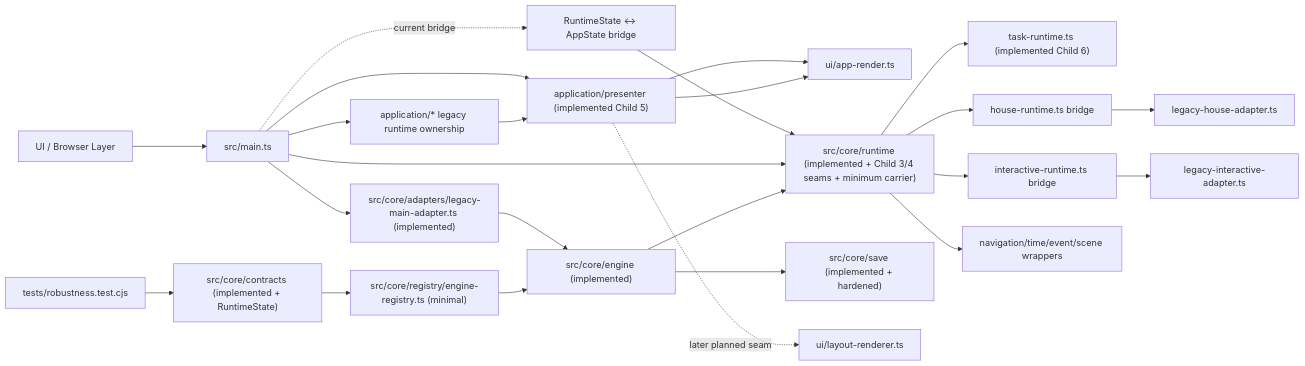
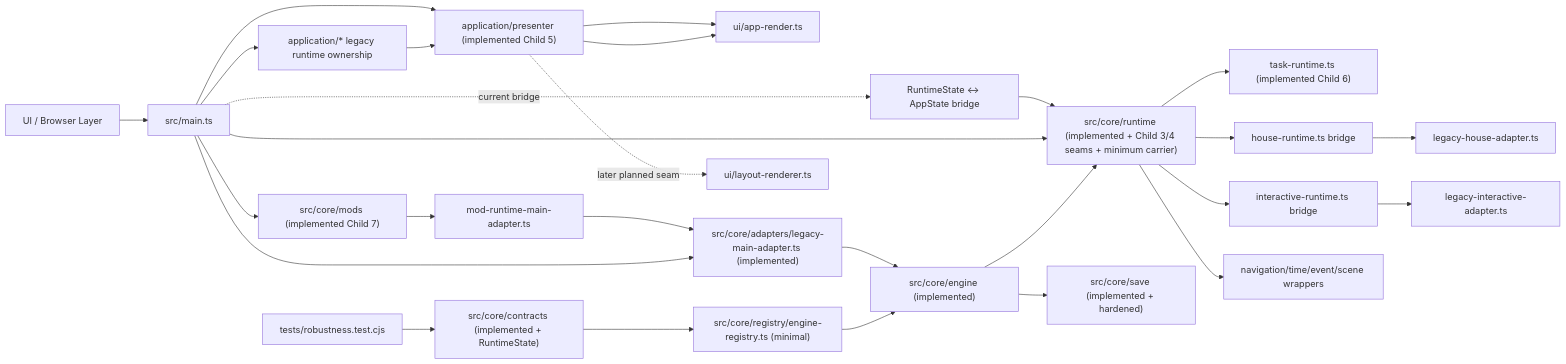
The first of 8 diagrams in docs/superpowers/weekly/2026-06-29-weekly-architecture-report.md (MA141277/RPG_TG), drawn with Mermaid before and after one commit. The commit also changed other lines of this file and 25 other files, not shown here.

Commit message:
Complete Child 7 mod runtime

````diff
--- a/docs/superpowers/weekly/2026-06-29-weekly-architecture-report.md
+++ b/docs/superpowers/weekly/2026-06-29-weekly-architecture-report.md
@@ -24,26 +24,29 @@
 ```mermaid
 flowchart LR
     UI["UI / Browser Layer"] --> MAIN["src/main.ts"]
     MAIN --> APP["application/* legacy runtime ownership"]
     APP --> PRESENTER["application/presenter (implemented Child 5)"]
     PRESENTER --> UIR["ui/app-render.ts"]
     MAIN -. current bridge .-> RSBRIDGE["RuntimeState <-> AppState bridge"]
     COREC["src/core/contracts (implemented + RuntimeState)"] --> CORER["src/core/registry/engine-registry.ts (minimal)"]
     CORER --> COREE["src/core/engine (implemented)"]
     COREE --> CORERT["src/core/runtime (implemented + Child 3/4 seams + minimum carrier)"]
     COREE --> CORES["src/core/save (implemented + hardened)"]
     MAIN --> ADAPTER["src/core/adapters/legacy-main-adapter.ts (implemented)"]
     ADAPTER --> COREE
     MAIN --> CORERT
     RSBRIDGE --> CORERT
     CORERT --> TASKRT["task-runtime.ts (implemented Child 6)"]
     CORERT --> HOUCERT["house-runtime.ts bridge"]
     CORERT --> INTRT["interactive-runtime.ts bridge"]
     HOUCERT --> HOUSEAD["legacy-house-adapter.ts"]
     INTRT --> INTAD["legacy-interactive-adapter.ts"]
     CORERT --> NAVRT["navigation/time/event/scene wrappers"]
+    MAIN --> MODRT["src/core/mods (implemented Child 7)"]
+    MODRT --> MODAD["mod-runtime-main-adapter.ts"]
+    MODAD --> ADAPTER
     MAIN --> PRESENTER
     PRESENTER --> UIR
     PRESENTER -. later planned seam .-> UIL["ui/layout-renderer.ts"]
     TESTS["tests/robustness.test.cjs"] --> COREC
 ```
````
